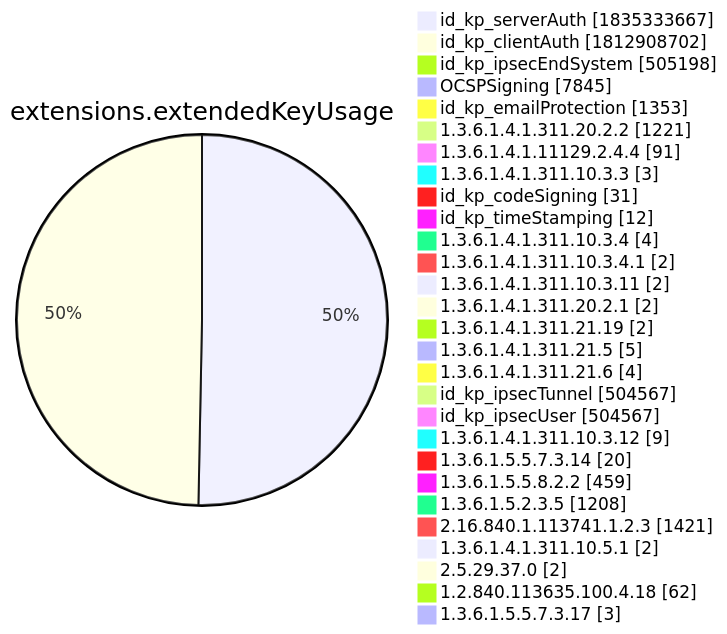
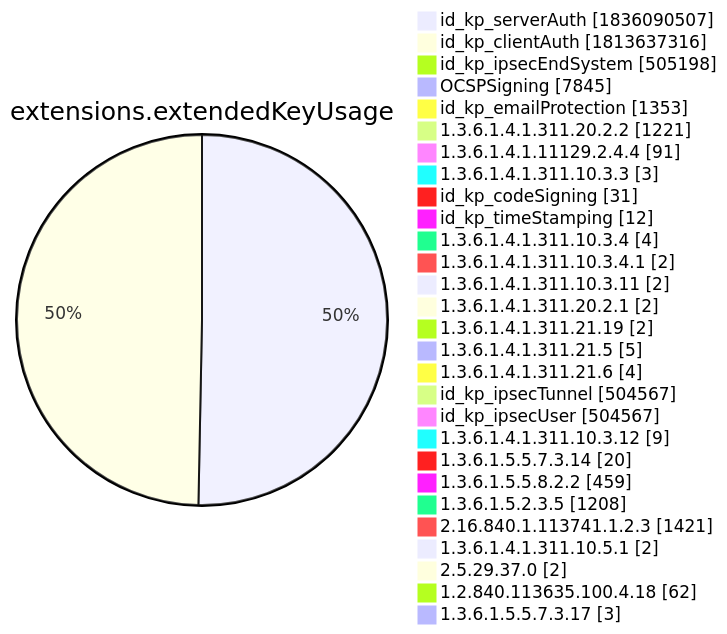
Before and after one commit to christiankrug/ctmonitor_visualization: diagram 12 of 15 in xenon2022/README.md, drawn with Mermaid. The commit also changed other lines of this file, not shown here.

````diff
--- a/xenon2022/README.md
+++ b/xenon2022/README.md
@@ -3896,32 +3896,32 @@
 ```mermaid
 pie showData
 title extensions.extendedKeyUsage
-"id_kp_serverAuth" :1835333667
-"id_kp_clientAuth" :1812908702
+"id_kp_serverAuth" :1836090507
+"id_kp_clientAuth" :1813637316
 "id_kp_ipsecEndSystem" :505198
 "OCSPSigning" :7845
 "id_kp_emailProtection" :1353
 "1.3.6.1.4.1.311.20.2.2" :1221
 "1.3.6.1.4.1.11129.2.4.4" :91
 "1.3.6.1.4.1.311.10.3.3" :3
 "id_kp_codeSigning" :31
 "id_kp_timeStamping" :12
 "1.3.6.1.4.1.311.10.3.4" :4
 "1.3.6.1.4.1.311.10.3.4.1" :2
 "1.3.6.1.4.1.311.10.3.11" :2
 "1.3.6.1.4.1.311.20.2.1" :2
 "1.3.6.1.4.1.311.21.19" :2
 "1.3.6.1.4.1.311.21.5" :5
 "1.3.6.1.4.1.311.21.6" :4
 "id_kp_ipsecTunnel" :504567
 "id_kp_ipsecUser" :504567
 "1.3.6.1.4.1.311.10.3.12" :9
 "1.3.6.1.5.5.7.3.14" :20
 "1.3.6.1.5.5.8.2.2" :459
 "1.3.6.1.5.2.3.5" :1208
 "2.16.840.1.113741.1.2.3" :1421
 "1.3.6.1.4.1.311.10.5.1" :2
 "2.5.29.37.0" :2
 "1.2.840.113635.100.4.18" :62
 "1.3.6.1.5.5.7.3.17" :3
 ```
````
